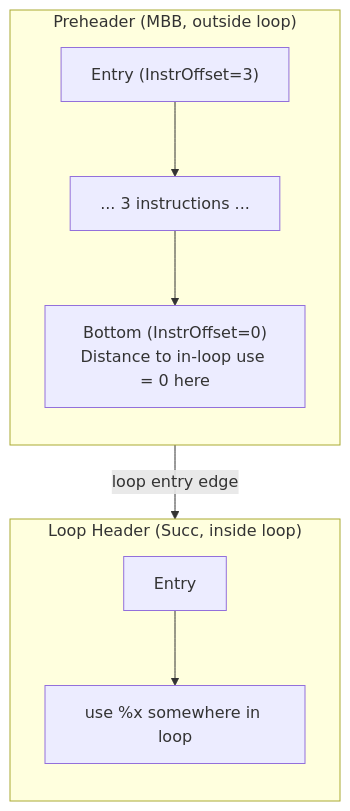
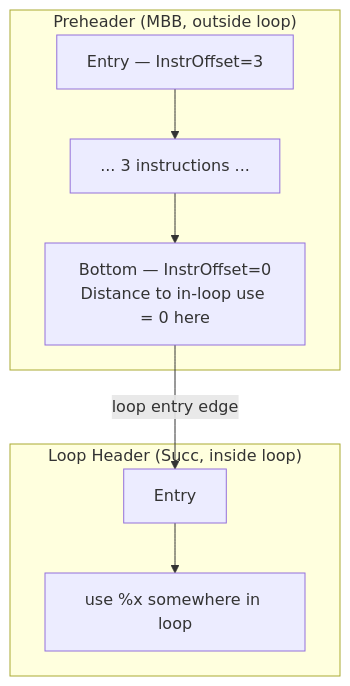
Before and after one commit to alex-t/ssa-spiller-docs: the second of 4 diagrams in SSA_Spiller/04-Design/NextUseAnalysis.md, drawn with Mermaid. The commit also changed other lines of this file, not shown here.

````diff
--- a/SSA_Spiller/04-Design/NextUseAnalysis.md
+++ b/SSA_Spiller/04-Design/NextUseAnalysis.md
@@ -202,19 +203,17 @@
 ```mermaid
 flowchart TD
     subgraph MBB["Preheader (MBB, outside loop)"]
-        direction TB
-        PHTop["Entry (InstrOffset=3)"]
+        PHTop["Entry — InstrOffset=3"]
         PHMid["... 3 instructions ..."]
-        PHBot["Bottom (InstrOffset=0)<br/>Distance to in-loop use = 0 here"]
+        PHBot["Bottom — InstrOffset=0<br/>Distance to in-loop use = 0 here"]
+        PHTop --> PHMid --> PHBot
     end
     
+    PHBot -->|"loop entry edge"| LHTop
+    
     subgraph Succ["Loop Header (Succ, inside loop)"]
-        direction TB
         LHTop["Entry"]
         Use["use %x somewhere in loop"]
+        LHTop --> Use
     end
-    
-    PHTop --> PHMid --> PHBot
-    PHBot -->|"loop entry edge"| LHTop
-    LHTop --> Use
 ```
````
